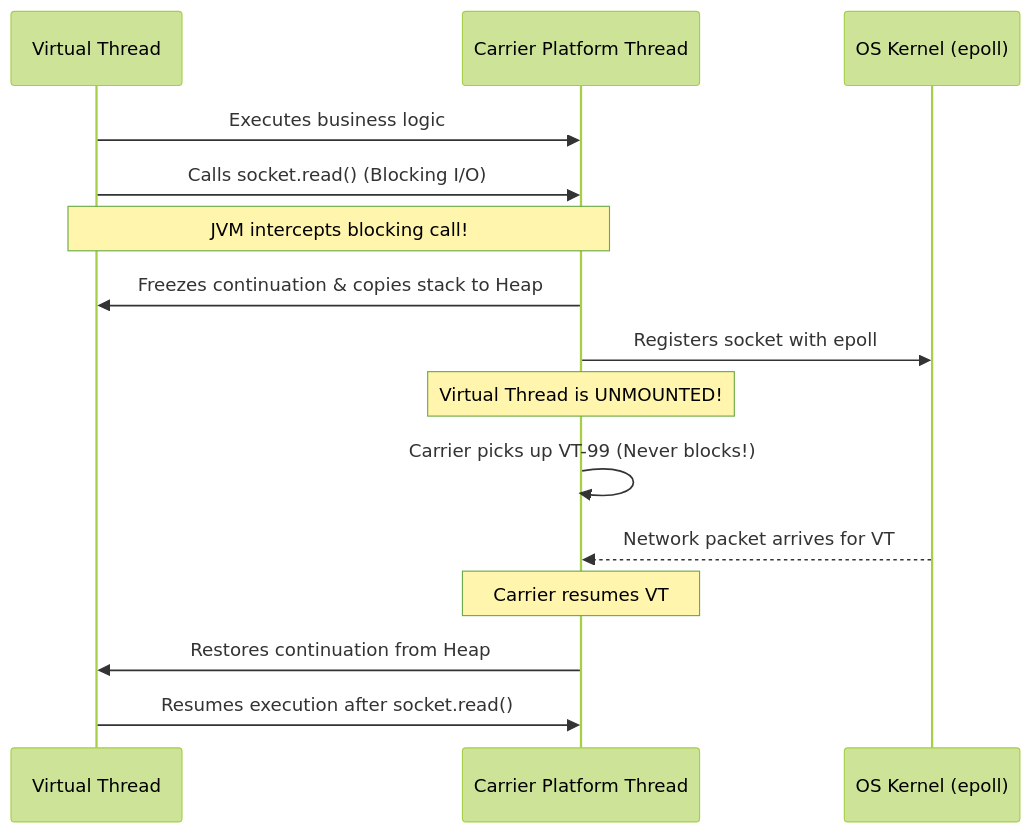
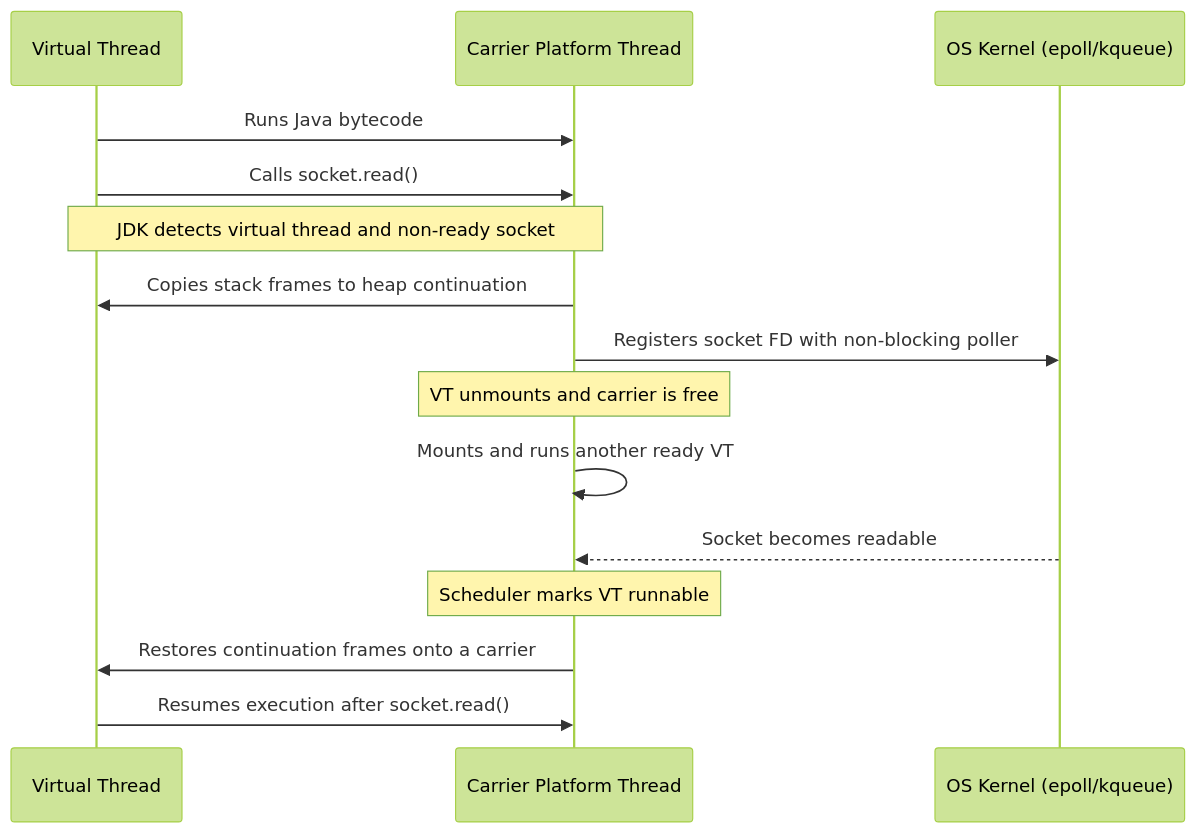
Before and after one commit to ravishankar2463/java_hub: the second of 2 diagrams in content/roadmap/level-5/project-loom-virtual-threads.md, drawn with Mermaid (forest theme). The commit also changed other lines of this file and 119 other files, not shown here.

Commit message:
feat: add comprehensive java learning roadmap content across multiple levels

````diff
--- a/content/roadmap/level-5/project-loom-virtual-threads.md
+++ b/content/roadmap/level-5/project-loom-virtual-threads.md
@@ -76,19 +79,18 @@
 ```mermaid
 sequenceDiagram
     participant VT as Virtual Thread
     participant CT as Carrier Platform Thread
-    participant OS as OS Kernel (epoll)
+    participant OS as OS Kernel (epoll/kqueue)
 
-    VT->>CT: Executes business logic
-    VT->>CT: Calls socket.read() (Blocking I/O)
-    Note over VT,CT: JVM intercepts blocking call!
-    CT->>VT: Freezes continuation & copies stack to Heap
-    CT->>OS: Registers socket with epoll
-    Note over CT: Virtual Thread is UNMOUNTED!
-    CT->>CT: Carrier picks up VT-99 (Never blocks!)
-    
-    OS-->>CT: Network packet arrives for VT
-    Note over CT: Carrier resumes VT
-    CT->>VT: Restores continuation from Heap
+    VT->>CT: Runs Java bytecode
+    VT->>CT: Calls socket.read()
+    Note over VT,CT: JDK detects virtual thread and non-ready socket
+    CT->>VT: Copies stack frames to heap continuation
+    CT->>OS: Registers socket FD with non-blocking poller
+    Note over CT: VT unmounts and carrier is free
+    CT->>CT: Mounts and runs another ready VT
+    OS-->>CT: Socket becomes readable
+    Note over CT: Scheduler marks VT runnable
+    CT->>VT: Restores continuation frames onto a carrier
     VT->>CT: Resumes execution after socket.read()
 ```
````
